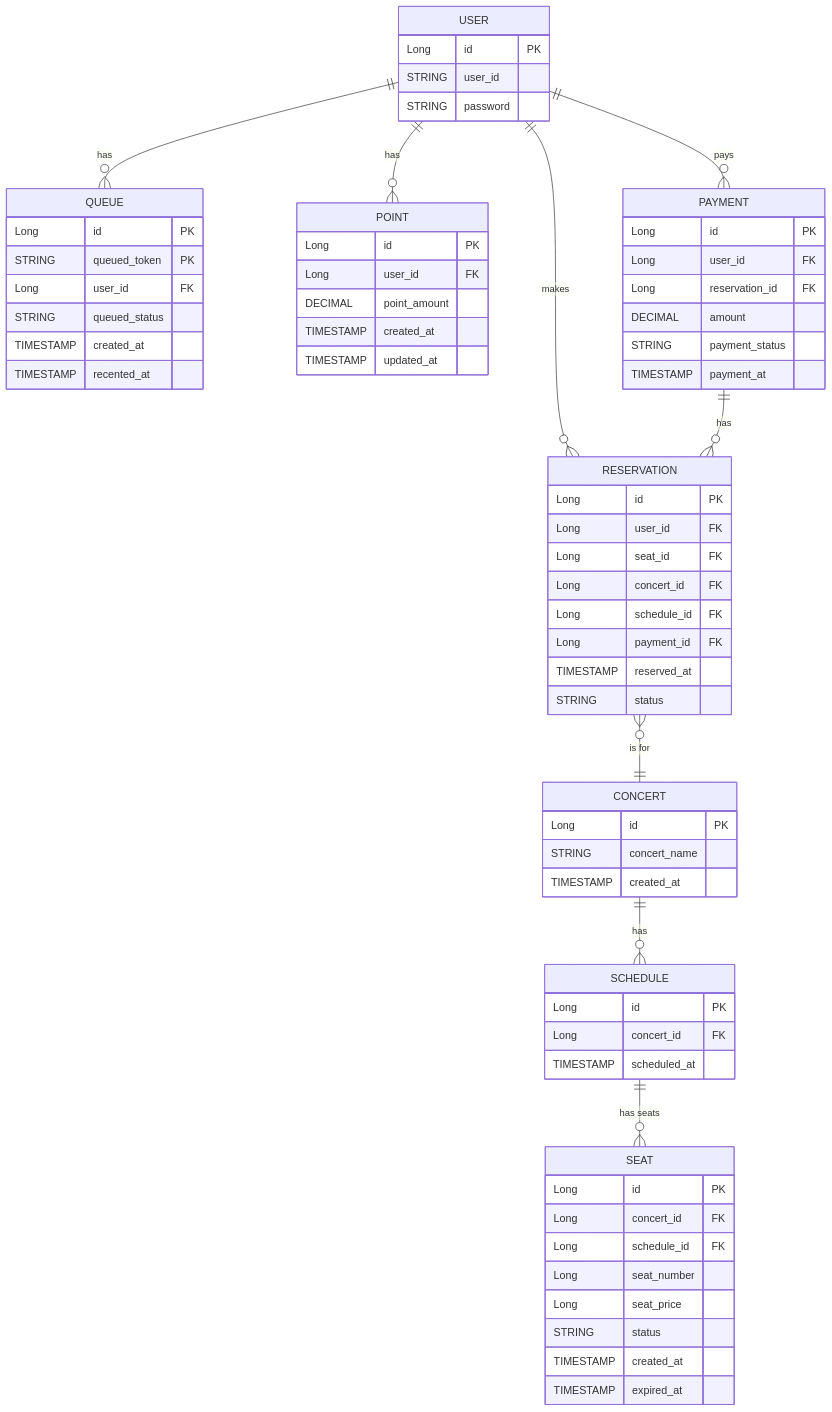
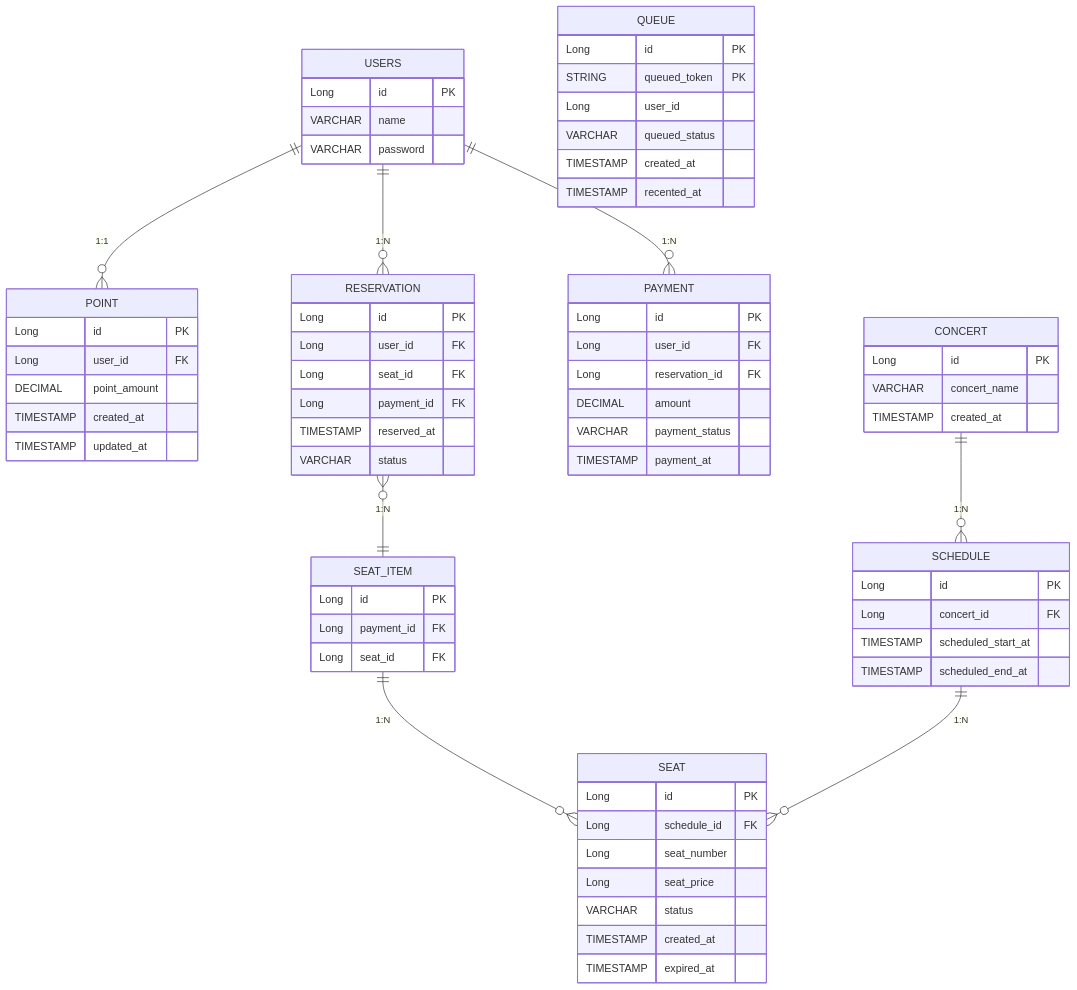
Before and after one commit to hyojin202406/hanghae-concert: the diagram in docs/ERD.md, drawn with Mermaid.

Commit message:
doc: ERD 컬럼 타입 변경, 정규화, 컬럼명 변경

````diff
--- a/docs/ERD.md
+++ b/docs/ERD.md
@@ -5,16 +5,16 @@
 ```mermaid
 erDiagram
-    USER {
+    USERS {
         Long id PK
-        STRING user_id
-        STRING password
+        VARCHAR name
+        VARCHAR password
     }
 
     QUEUE {
         Long id PK
         STRING queued_token PK
-        Long user_id FK
-        STRING queued_status
+        Long user_id
+        VARCHAR queued_status
         TIMESTAMP created_at
         TIMESTAMP recented_at
     }
@@ -31,11 +31,11 @@
         Long id PK
         Long user_id FK
         Long seat_id FK
-        Long concert_id FK
-        Long schedule_id FK
+%%        Long concert_id FK
+%%        Long schedule_id FK
         Long payment_id FK
         TIMESTAMP reserved_at
-        STRING status
+        VARCHAR status
     }
 
     PAYMENT {
@@ -43,41 +43,46 @@
         Long user_id FK
         Long reservation_id FK
         DECIMAL amount
-        STRING payment_status
+        VARCHAR payment_status
         TIMESTAMP payment_at
     }
 
     CONCERT {
         Long id PK
-        STRING concert_name
+        VARCHAR concert_name
         TIMESTAMP created_at
     }
 
     SCHEDULE {
         Long id PK
         Long concert_id FK
-        TIMESTAMP scheduled_at
+        TIMESTAMP scheduled_start_at
+        TIMESTAMP scheduled_end_at
     }
-
+    
+    SEAT_ITEM {
+        Long id PK
+        Long payment_id FK
+        Long seat_id FK
+    }
+    
     SEAT {
         Long id PK
-        Long concert_id FK
         Long schedule_id FK
         Long seat_number
         Long seat_price
-        STRING status
+        VARCHAR status
         TIMESTAMP created_at
         TIMESTAMP expired_at
     }
 
     %% Relationships
-    USER ||--o{ QUEUE : "has"
-    USER ||--o{ POINT : "has"
-    USER ||--o{ RESERVATION : "makes"
-    USER ||--o{ PAYMENT : "pays"
-    PAYMENT ||--o{ RESERVATION : "has"
-    RESERVATION }o--|| CONCERT : "is for"
-    CONCERT ||--o{ SCHEDULE : "has"
-    SCHEDULE ||--o{ SEAT : "has seats"
+    USERS ||--o{ POINT : "1:1"
+    USERS ||--o{ RESERVATION : "1:N"
+    USERS ||--o{ PAYMENT : "1:N"
+    RESERVATION }o--|| SEAT_ITEM : "1:N"
+    SEAT_ITEM ||--o{ SEAT : "1:N"
+    CONCERT ||--o{ SCHEDULE : "1:N"
+    SCHEDULE ||--o{ SEAT : "1:N"
 
 ```
````
